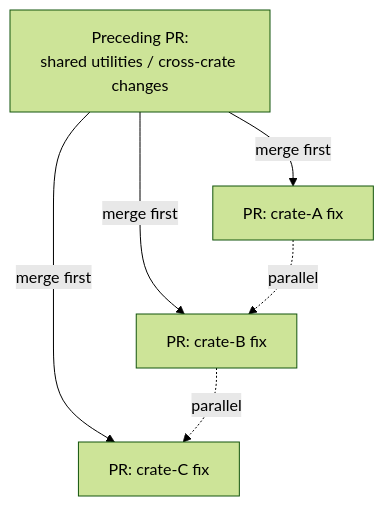
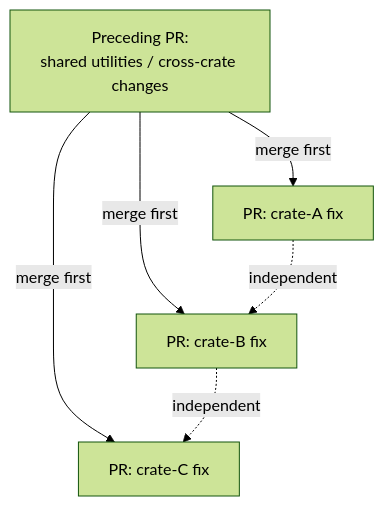
One commit to kent8192/reinhardt-cloud changed the second of 2 diagrams in instructions/ISSUE_HANDLING.md. Above: the diagram before and after it, drawn with Mermaid (forest theme). The commit also changed other lines of this file and 15 other files, not shown here.

````diff
--- a/instructions/ISSUE_HANDLING.md
+++ b/instructions/ISSUE_HANDLING.md
@@ -143,8 +143,8 @@
 ```mermaid
 flowchart TD
     P["Preceding PR:<br/>shared utilities / cross-crate changes"] --> |merge first| A["PR: crate-A fix"]
     P --> |merge first| B["PR: crate-B fix"]
     P --> |merge first| C["PR: crate-C fix"]
-    A -.-> |parallel| B
-    B -.-> |parallel| C
+    A -.-> |independent| B
+    B -.-> |independent| C
 ```
````
